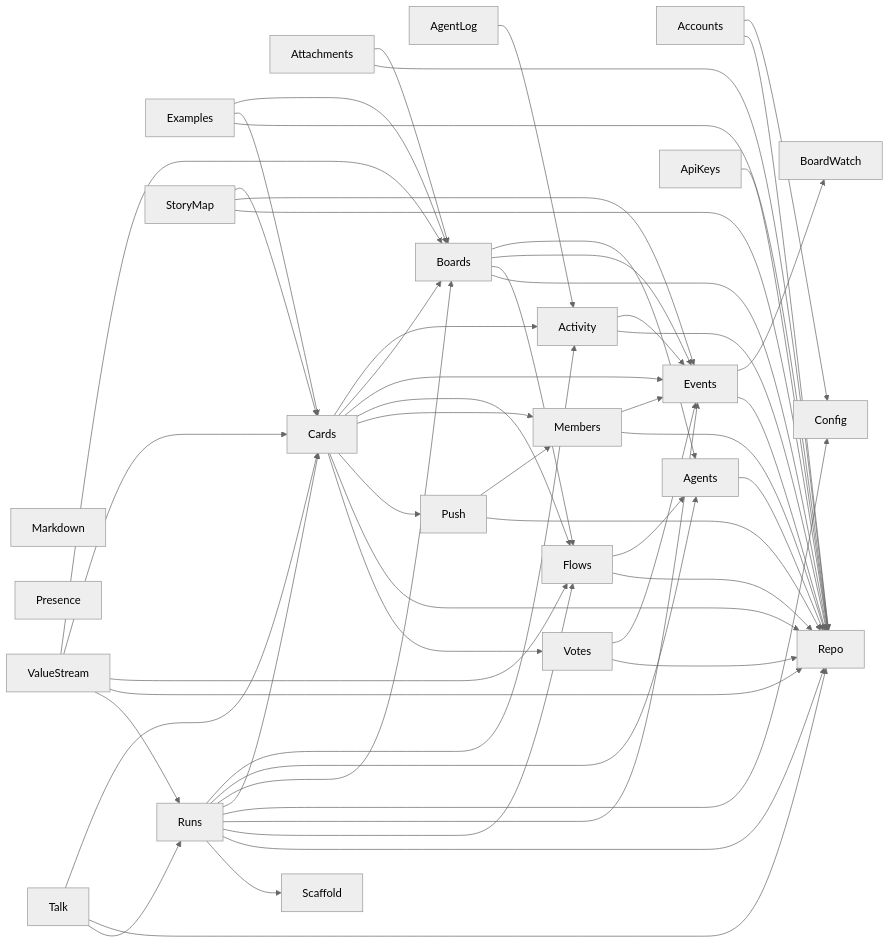
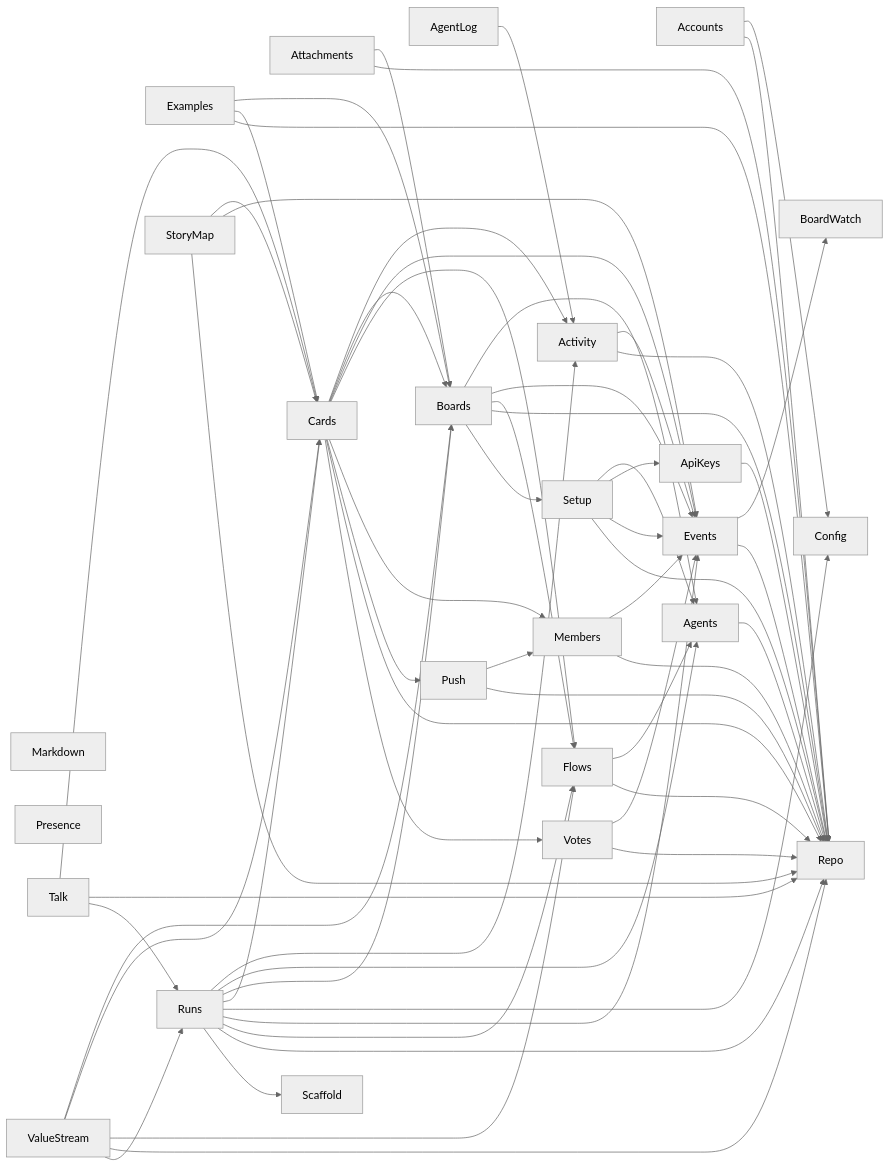
The second of 2 diagrams in docs/architecture/deps.md (jeremylightsmith/relay), drawn with Mermaid (neutral theme) before and after one commit. The commit also changed 63 other files, not shown here.

````diff
--- a/docs/architecture/deps.md
+++ b/docs/architecture/deps.md
@@ -29,59 +29,64 @@
 ```mermaid
 flowchart LR
     Markdown
     Presence
     Accounts --> Config
     Accounts --> Repo
     Activity --> Events
     Activity --> Repo
     AgentLog --> Activity
     Agents --> Repo
     ApiKeys --> Repo
     Attachments --> Boards
     Attachments --> Repo
     Boards --> Agents
     Boards --> Events
     Boards --> Flows
     Boards --> Repo
+    Boards --> Setup
     Cards --> Activity
     Cards --> Boards
     Cards --> Events
     Cards --> Flows
     Cards --> Members
     Cards --> Push
     Cards --> Repo
     Cards --> Votes
     Events --> BoardWatch
     Events --> Repo
     Examples --> Boards
     Examples --> Cards
     Examples --> Repo
     Flows --> Agents
     Flows --> Repo
     Members --> Events
     Members --> Repo
     Push --> Members
     Push --> Repo
     Runs --> Activity
     Runs --> Agents
     Runs --> Boards
     Runs --> Cards
     Runs --> Config
     Runs --> Events
     Runs --> Flows
     Runs --> Repo
     Runs --> Scaffold
+    Setup --> Agents
+    Setup --> ApiKeys
+    Setup --> Events
+    Setup --> Repo
     StoryMap --> Cards
     StoryMap --> Events
     StoryMap --> Repo
     Talk --> Cards
     Talk --> Repo
     Talk --> Runs
     ValueStream --> Boards
     ValueStream --> Cards
     ValueStream --> Flows
     ValueStream --> Repo
     ValueStream --> Runs
     Votes --> Events
     Votes --> Repo
 ```
````
